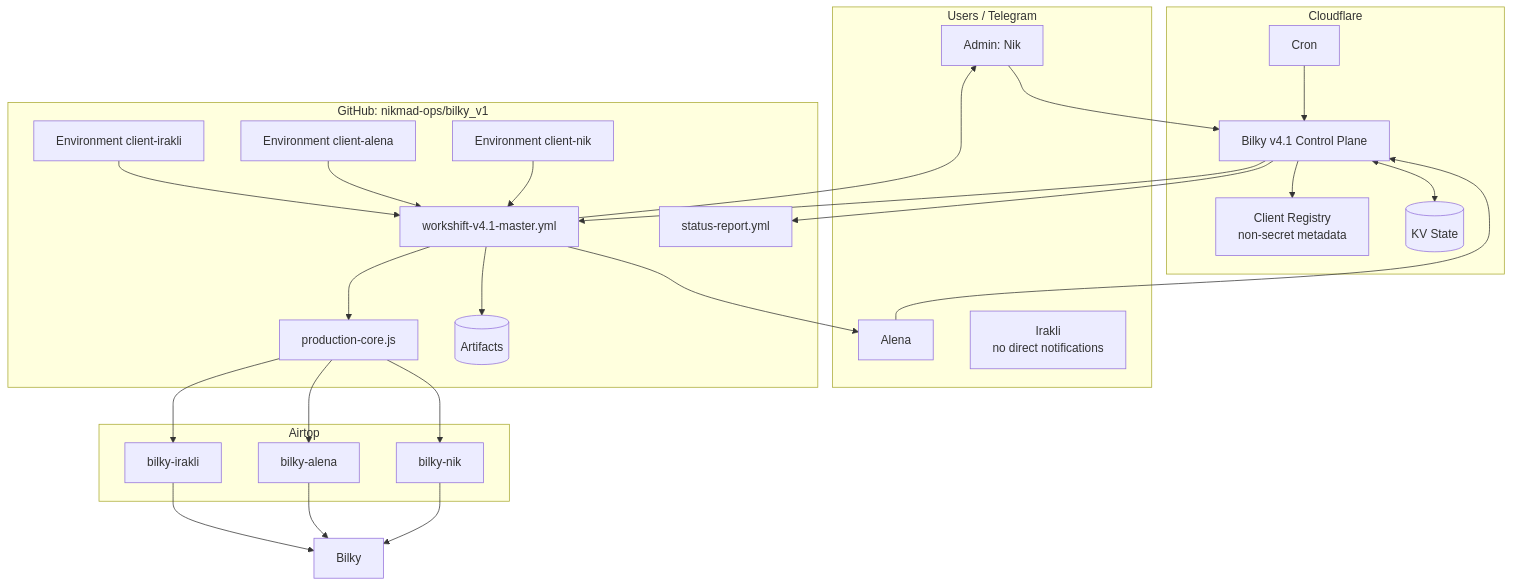
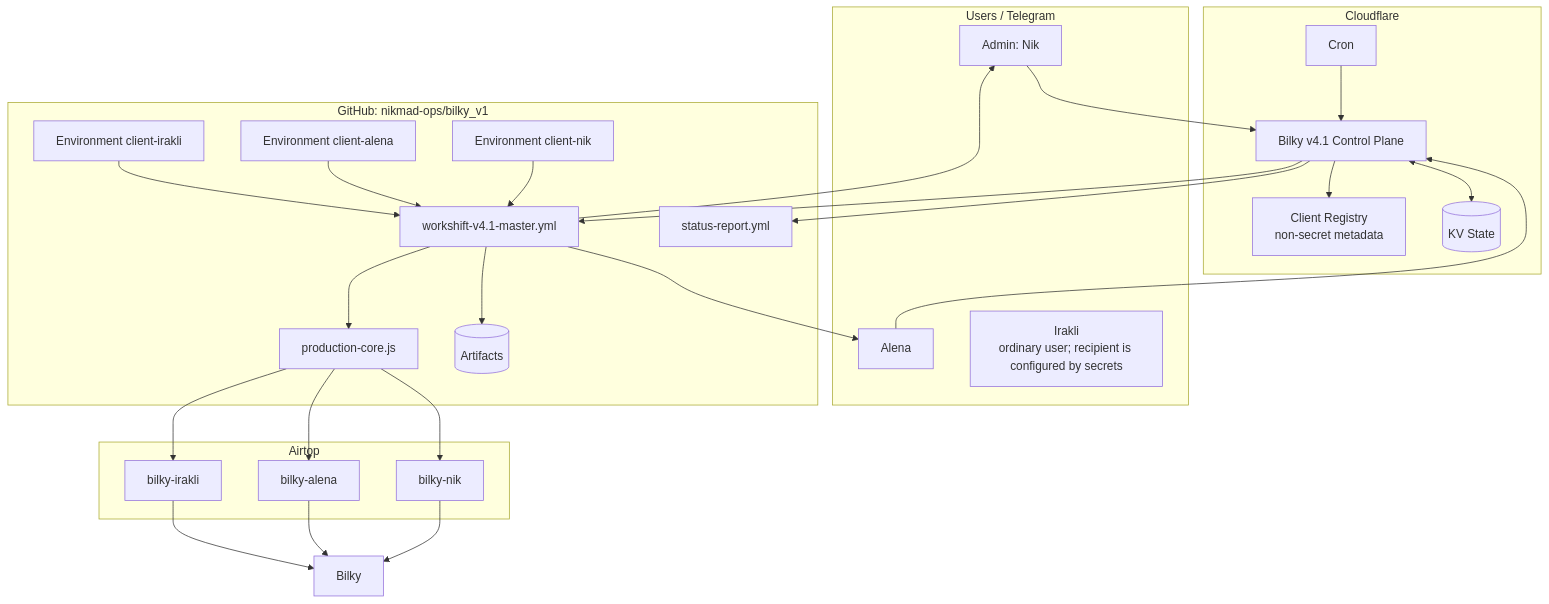
One commit to nikmad-ops/bilky_v1 changed the second of 4 diagrams in docs/bilky-v4.1-multi-user-architecture.md. Above: the diagram before and after it, drawn with Mermaid. The commit also changed other lines of this file, not shown here.

Commit message:
Clarify Irakli as independent user and separate routing from permissions

````diff
--- a/docs/bilky-v4.1-multi-user-architecture.md
+++ b/docs/bilky-v4.1-multi-user-architecture.md
@@ -341,55 +341,55 @@
 ```mermaid
 flowchart TB
     subgraph Users["Users / Telegram"]
       ADMIN[Admin: Nik]
       ALENA[Alena]
-      IRAKLI[Irakli<br/>no direct notifications]
+      IRAKLI[Irakli<br/>ordinary user; recipient is configured by secrets]
     end
 
     subgraph CF["Cloudflare"]
       CP[Bilky v4.1 Control Plane]
       REG[Client Registry<br/>non-secret metadata]
       KV[(KV State)]
       CRON[Cron]
     end
 
     subgraph GH["GitHub: nikmad-ops/bilky_v1"]
       WF[workshift-v4.1-master.yml]
       CORE[production-core.js]
       STATUS[status-report.yml]
       ART[(Artifacts)]
       ENVN[Environment client-nik]
       ENVA[Environment client-alena]
       ENVI[Environment client-irakli]
     end
 
     subgraph AT["Airtop"]
       PN[bilky-nik]
       PA[bilky-alena]
       PI[bilky-irakli]
     end
 
     BK[Bilky]
 
     CRON --> CP
     ADMIN --> CP
     ALENA --> CP
     CP --> REG
     CP <--> KV
     CP --> WF
     CP --> STATUS
 
     ENVN --> WF
     ENVA --> WF
     ENVI --> WF
     WF --> CORE
     CORE --> PN
     CORE --> PA
     CORE --> PI
     PN --> BK
     PA --> BK
     PI --> BK
     WF --> ART
     WF --> ADMIN
     WF --> ALENA
 ```
````
